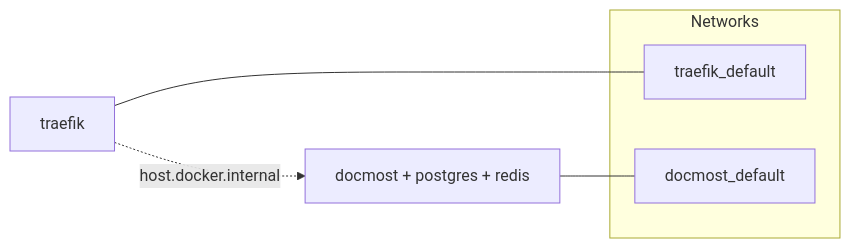
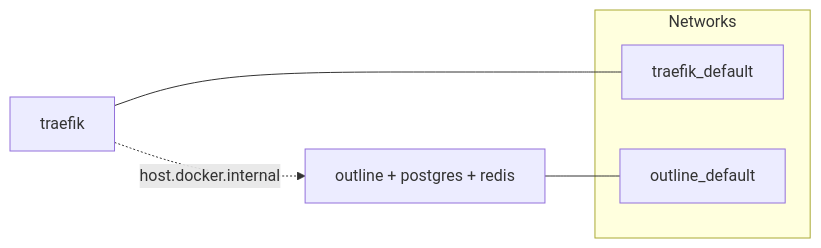
The fourth of 4 diagrams in docs/infrastructure.md (chill-pickle/vps-000), drawn with Mermaid before and after one commit. The commit also changed other lines of this file and 10 other files, not shown here.

Commit message:
Replace Docmost with Outline wiki service

````diff
--- a/docs/infrastructure.md
+++ b/docs/infrastructure.md
@@ -161,12 +162,12 @@
 ```mermaid
 graph LR
     subgraph Networks
         TN[traefik_default]
-        DN[docmost_default]
+        ON[outline_default]
     end
 
     T[traefik] --- TN
-    DMS[docmost + postgres + redis] --- DN
+    OLS[outline + postgres + redis] --- ON
 
-    T -.->|host.docker.internal| DMS
+    T -.->|host.docker.internal| OLS
 ```
````
